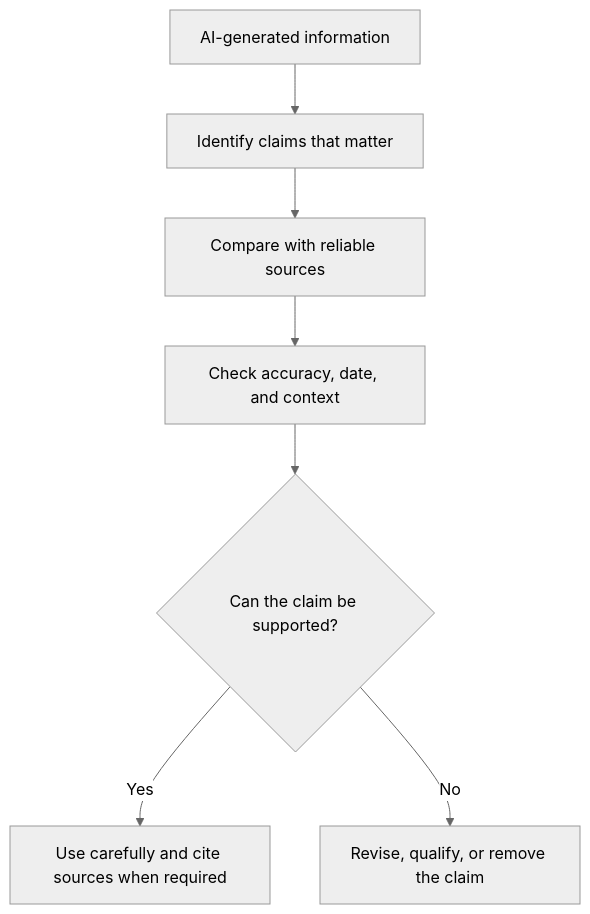
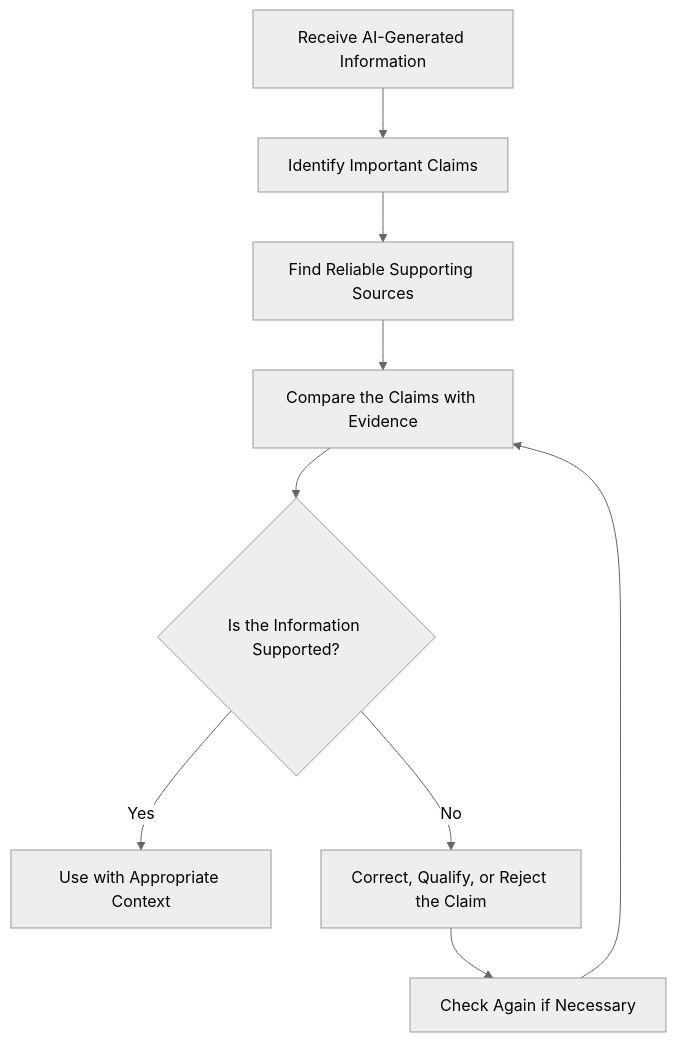
One commit to NicolausLionel/SLN changed the fifth of 5 diagrams in content/04_benefits-limitations-challenges.md. Above: the diagram before and after it, drawn with Mermaid (neutral theme). The commit also changed other lines of this file, not shown here.

````diff
--- a/content/04_benefits-limitations-challenges.md
+++ b/content/04_benefits-limitations-challenges.md
@@ -232,9 +1127,11 @@
 ```mermaid
 flowchart TD
- A[AI-generated information] --> B[Identify claims that matter]
- B --> C[Compare with reliable sources]
- C --> D[Check accuracy, date, and context]
- D --> E{Can the claim be supported?}
- E -->|Yes| F[Use carefully and cite sources when required]
- E -->|No| G[Revise, qualify, or remove the claim]
+    A["Receive AI-Generated Information"] --> B["Identify Important Claims"]
+    B --> C["Find Reliable Supporting Sources"]
+    C --> D["Compare the Claims with Evidence"]
+    D --> E{"Is the Information Supported?"}
+    E -->|Yes| F["Use with Appropriate Context"]
+    E -->|No| G["Correct, Qualify, or Reject the Claim"]
+    G --> H["Check Again if Necessary"]
+    H --> D
 ```
````
